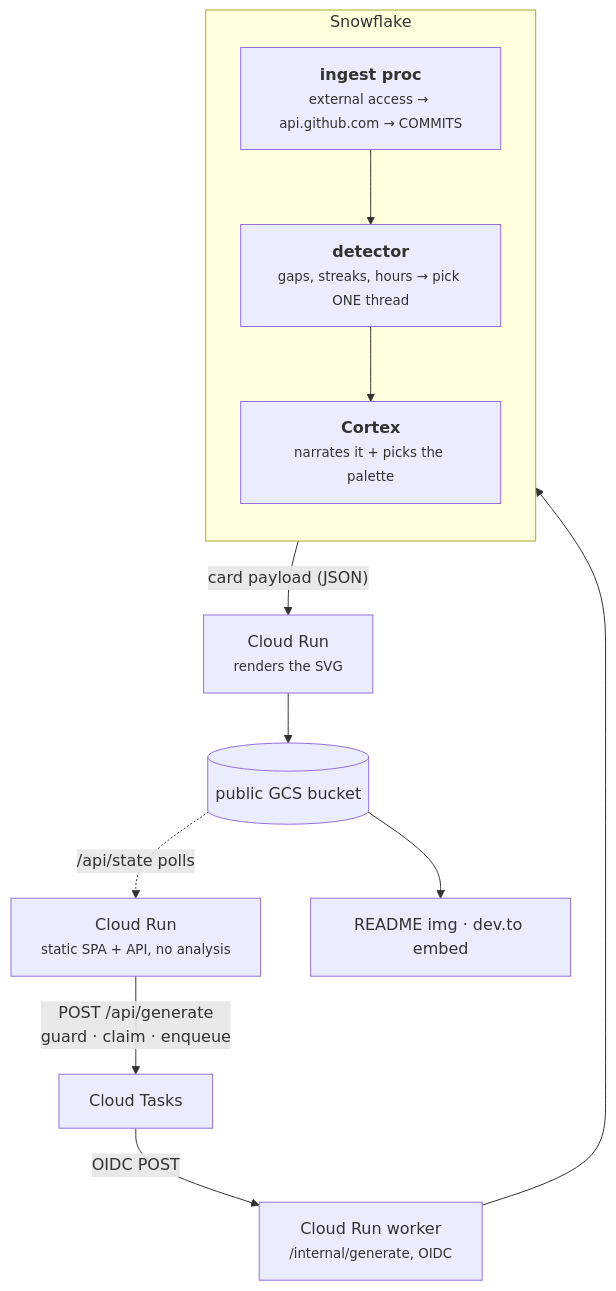
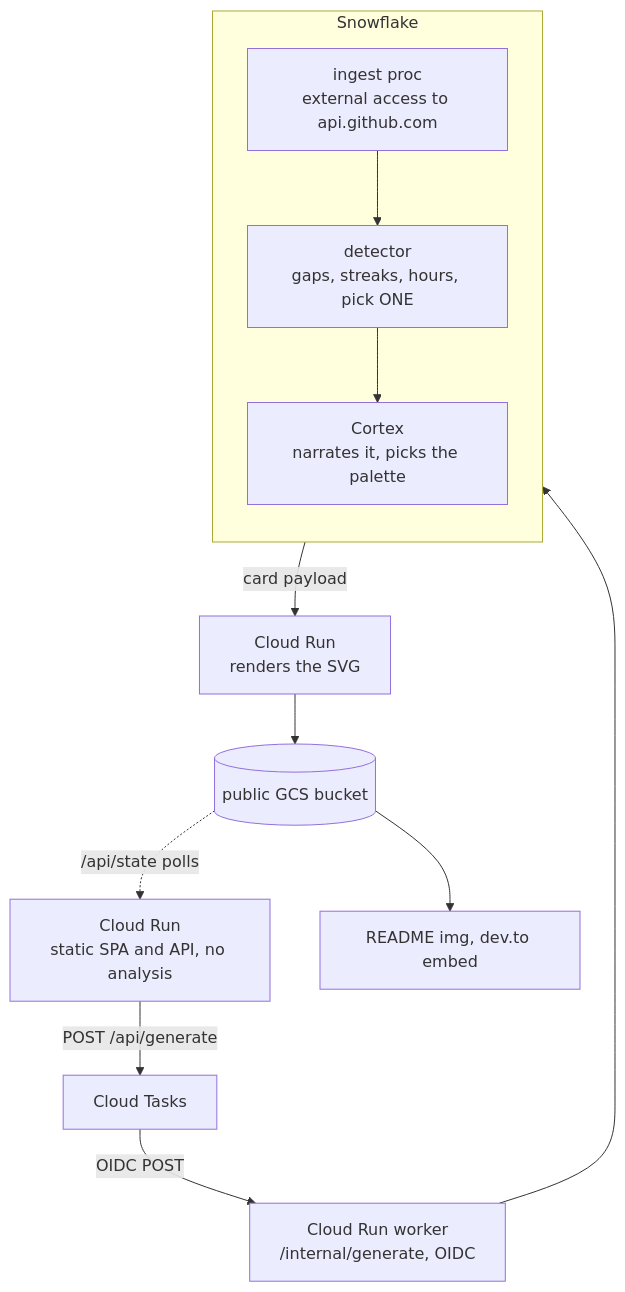
One commit to anchildress1/commit-chronicles changed the diagram in docs/build-plan.md. Above: the diagram before and after it, drawn with Mermaid. The commit also changed 2 other files, not shown here.

Commit message:
fix(docs): strip HTML from Mermaid labels so GitHub renders them
GitHub renders Mermaid with htmlLabels disabled, so the <b> and <small> tags
in node labels broke the parse and the diagrams showed as nothing. Parens in
node text are the other reliable way to kill it.

Labels are now plain text with <br/> only. The prose that was crammed into
them belongs in the paragraphs around them anyway.

````diff
--- a/docs/build-plan.md
+++ b/docs/build-plan.md
@@ -15,26 +15,26 @@
 ```mermaid
 flowchart TD
     accTitle: Delivery architecture
     accDescr: Cloud Run guards and enqueues. Cloud Tasks calls back into a Cloud Run worker over OIDC. The worker calls one Snowflake procedure that ingests from GitHub, scores storylines in SQL, and narrates the winner with Cortex. Cloud Run renders the SVG into a public bucket, which serves the card to READMEs.
 
-    SPA["Cloud Run<br/><small>static SPA + API, no analysis</small>"]
+    SPA["Cloud Run<br/>static SPA and API, no analysis"]
     Q["Cloud Tasks"]
-    W["Cloud Run worker<br/><small>/internal/generate, OIDC</small>"]
+    W["Cloud Run worker<br/>/internal/generate, OIDC"]
 
     subgraph SF["Snowflake"]
         direction TB
-        I["<b>ingest proc</b><br/><small>external access → api.github.com → COMMITS</small>"]
-        D["<b>detector</b><br/><small>gaps, streaks, hours → pick ONE thread</small>"]
-        C["<b>Cortex</b><br/><small>narrates it + picks the palette</small>"]
+        I["ingest proc<br/>external access to api.github.com"]
+        D["detector<br/>gaps, streaks, hours, pick ONE"]
+        C["Cortex<br/>narrates it, picks the palette"]
         I --> D --> C
     end
 
-    R["Cloud Run<br/><small>renders the SVG</small>"]
+    R["Cloud Run<br/>renders the SVG"]
     B[("public GCS bucket")]
-    OUT["README img · dev.to embed"]
+    OUT["README img, dev.to embed"]
 
-    SPA -->|"POST /api/generate<br/>guard · claim · enqueue"| Q
+    SPA -->|"POST /api/generate"| Q
     Q -->|"OIDC POST"| W --> SF
-    SF -->|"card payload (JSON)"| R --> B --> OUT
+    SF -->|"card payload"| R --> B --> OUT
     B -.->|"/api/state polls"| SPA
 ```
````
